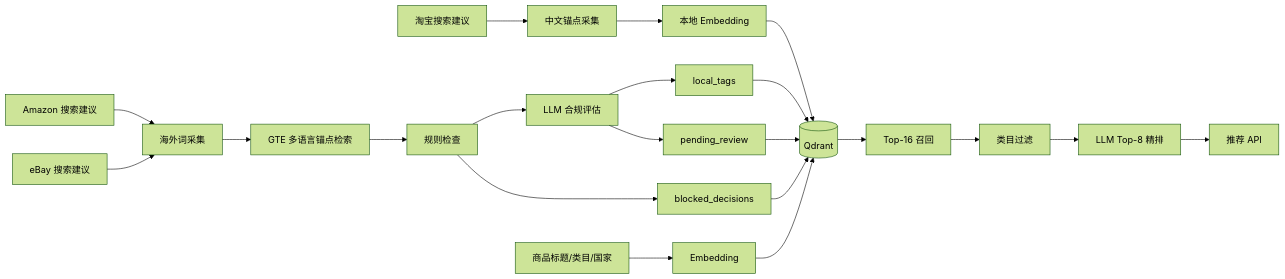
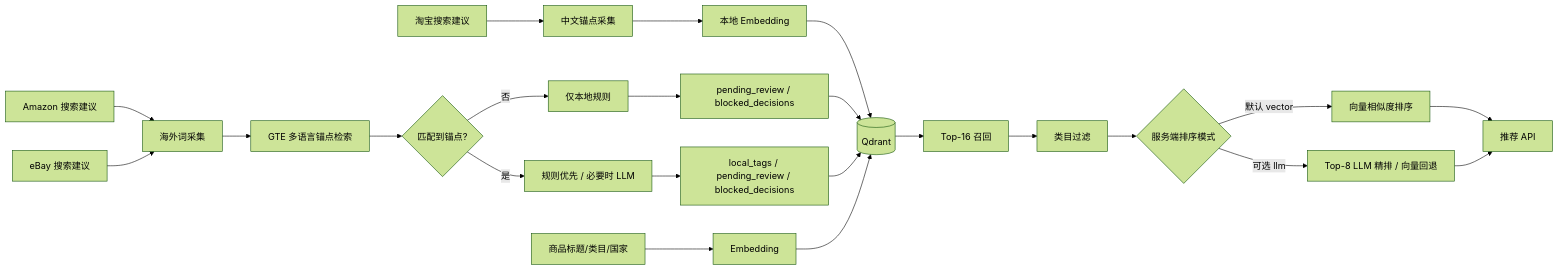
The diagram in docs/JoyTag MRD、PRD、BRD（代码对齐修订版）.md (Wyulng/joytag), drawn with Mermaid (forest theme) before and after one commit. The commit also changed other lines of this file and 13 other files, not shown here.

Commit message:
feat: reduce llm usage in default flows

````diff
--- a/docs/JoyTag MRD、PRD、BRD（代码对齐修订版）.md
+++ b/docs/JoyTag MRD、PRD、BRD（代码对齐修订版）.md
@@ -224,23 +229,25 @@
 ```mermaid
 flowchart LR
     A[淘宝搜索建议] --> B[中文锚点采集]
     C[Amazon 搜索建议] --> D[海外词采集]
     E[eBay 搜索建议] --> D
     B --> F[本地 Embedding]
     D --> G[GTE 多语言锚点检索]
-    G --> H[规则检查]
-    H --> I[LLM 合规评估]
-    I --> J[local_tags]
-    I --> K[pending_review]
-    H --> L[blocked_decisions]
+    G --> H{匹配到锚点?}
+    H -- 否 --> I[仅本地规则]
+    H -- 是 --> J[规则优先 / 必要时 LLM]
+    I --> K[pending_review / blocked_decisions]
+    J --> L[local_tags / pending_review / blocked_decisions]
     F --> M[(Qdrant)]
-    J --> M
     K --> M
     L --> M
     N[商品标题/类目/国家] --> O[Embedding]
     O --> M
     M --> P[Top-16 召回]
     P --> Q[类目过滤]
-    Q --> R[LLM Top-8 精排]
-    R --> S[推荐 API]
+    Q --> R{服务端排序模式}
+    R -- 默认 vector --> S[向量相似度排序]
+    R -- 可选 llm --> T[Top-8 LLM 精排 / 向量回退]
+    S --> U[推荐 API]
+    T --> U
 ```
````
